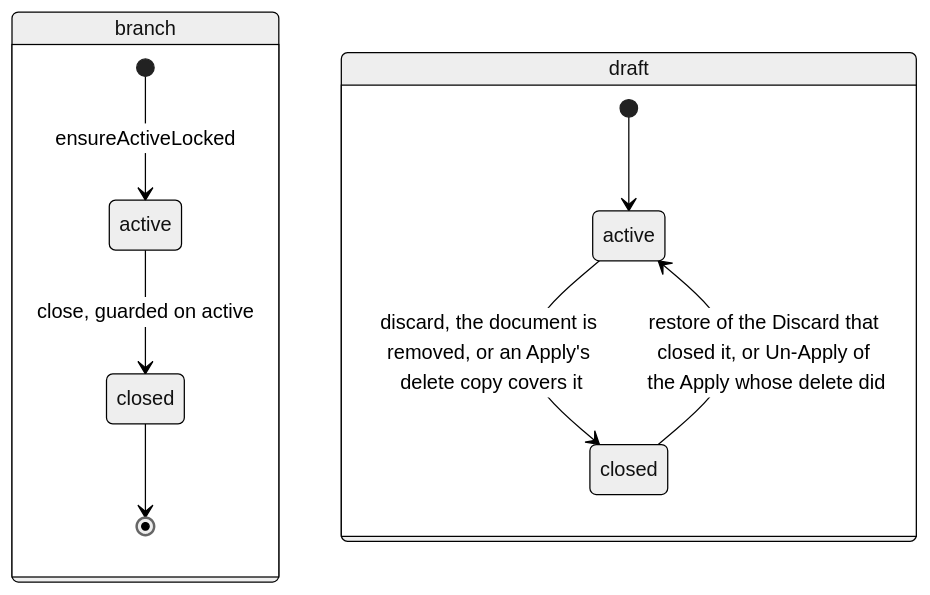
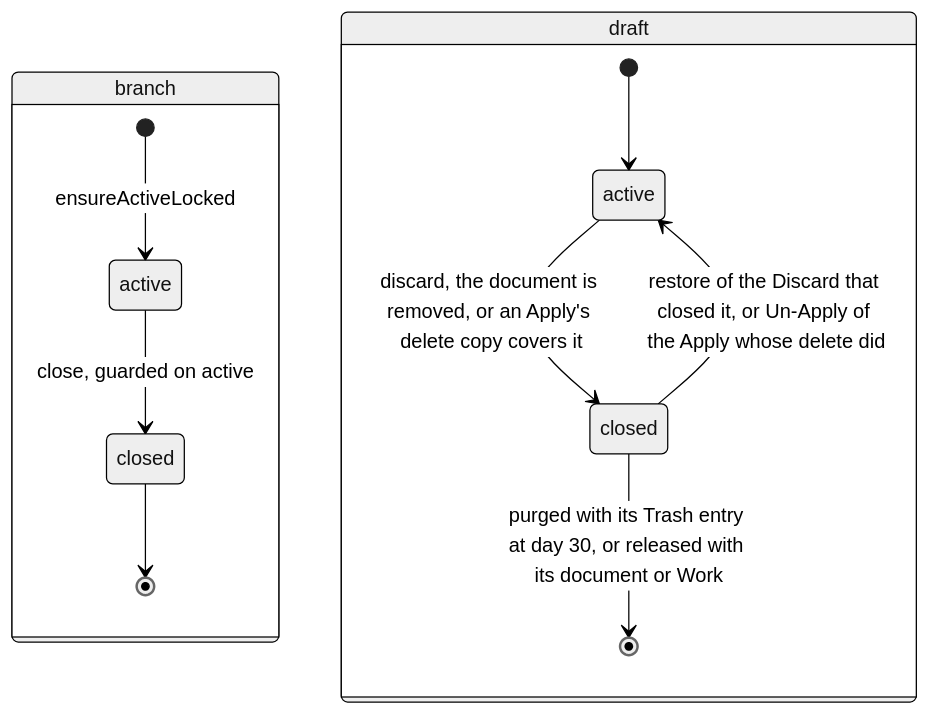
Before and after one commit to haowjy/meridian-flow: the diagram in apps/server/server/domains/collab/.context/state-machines.md, drawn with Mermaid (neutral theme). The commit also changed other lines of this file and 34 other files, not shown here.

````diff
--- a/apps/server/server/domains/collab/.context/state-machines.md
+++ b/apps/server/server/domains/collab/.context/state-machines.md
@@ -12,17 +12,18 @@
 ```mermaid
 stateDiagram-v2
   state "branch" as B {
     [*] --> b_active: ensureActiveLocked
     b_active --> b_closed: close, guarded on active
     b_closed --> [*]
     state "active" as b_active
     state "closed" as b_closed
   }
   state "draft" as D {
     [*] --> d_active
     d_active --> d_closed: discard, the document is removed, or an Apply's delete copy covers it
     d_closed --> d_active: restore of the Discard that closed it, or Un-Apply of the Apply whose delete did
+    d_closed --> [*]: purged with its Trash entry at day 30, or released with its document or Work
     state "active" as d_active
     state "closed" as d_closed
   }
 ```
````
